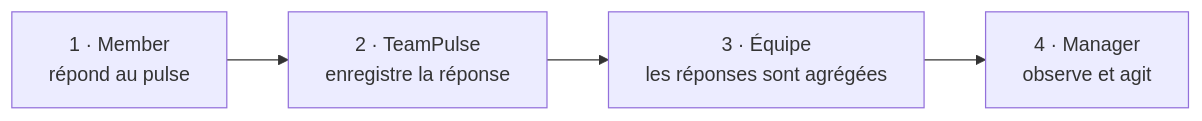
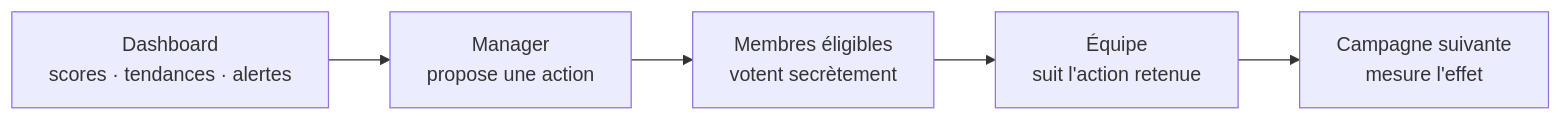
The second of 3 diagrams in slidev/pages/program/teampulse.md (amrine/from-dev-to-architect), drawn with Mermaid before and after one commit. The commit also changed other lines of this file and 6 other files, not shown here.

Commit message:
docs: expand TeamPulse business scenario (#21)

````diff
--- a/slidev/pages/program/teampulse.md
+++ b/slidev/pages/program/teampulse.md
@@ -46,6 +154,7 @@
-```mermaid {scale: 0.68}
+```mermaid {scale: 0.56}
 flowchart LR
-  M["1 · Member<br/>répond au pulse"] --> R["2 · TeamPulse<br/>enregistre la réponse"]
-  R --> A["3 · Équipe<br/>les réponses sont agrégées"]
-  A --> G["4 · Manager<br/>observe et agit"]
+  D["Dashboard<br/>scores · tendances · alertes"] --> P["Manager<br/>propose une action"]
+  P --> V["Membres éligibles<br/>votent secrètement"]
+  V --> A["Équipe<br/>suit l'action retenue"]
+  A --> N["Campagne suivante<br/>mesure l'effet"]
 ```
````
